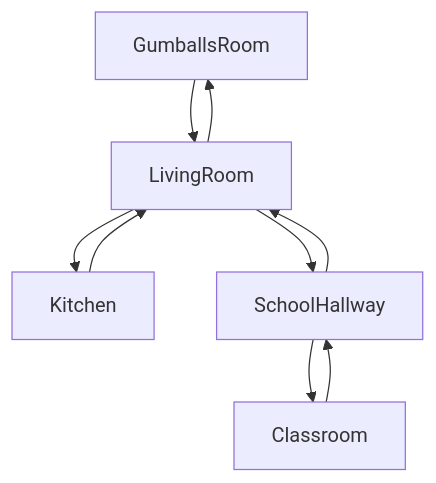
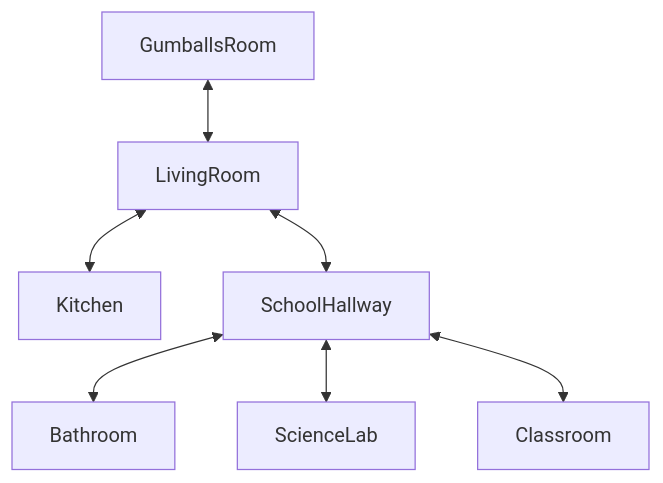
One commit to alberth0o0/alberth0o0.github.io changed the diagram in projects/game/README.md. Above: the diagram before and after it, drawn with Mermaid. The commit also changed other lines of this file and 2 other files, not shown here.

Commit message:
Finished the game
Finished the game and added a side quest as an obstacle to complete the game. Also changed the README.md to align with my current vision of the game as the README.md was outdated (I plan as I coded)!

````diff
--- a/projects/game/README.md
+++ b/projects/game/README.md
@@ -7,12 +7,9 @@
 ```mermaid
 graph TD;
-    GumballsRoom-->LivingRoom;
-    LivingRoom-->GumballsRoom;
-
-    LivingRoom-->Kitchen;
-    Kitchen-->LivingRoom;
-    LivingRoom-->SchoolHallway;
-    SchoolHallway-->LivingRoom
-    SchoolHallway-->Classroom;
-    Classroom-->SchoolHallway
+    GumballsRoom<-->LivingRoom;
+    LivingRoom<-->Kitchen;
+    LivingRoom<-->SchoolHallway;
+    SchoolHallway<-->Bathroom
+    SchoolHallway<-->ScienceLab
+    SchoolHallway<-->Classroom;
 ```
````
